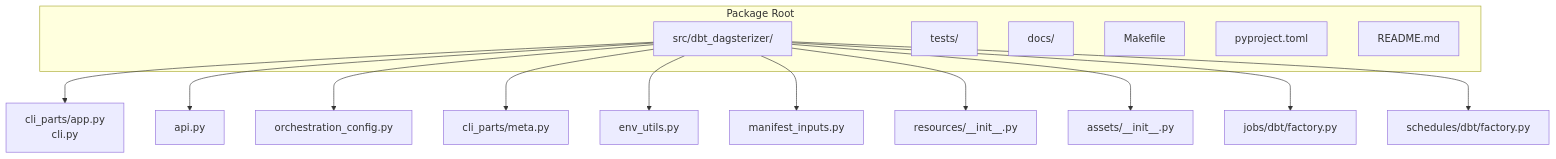
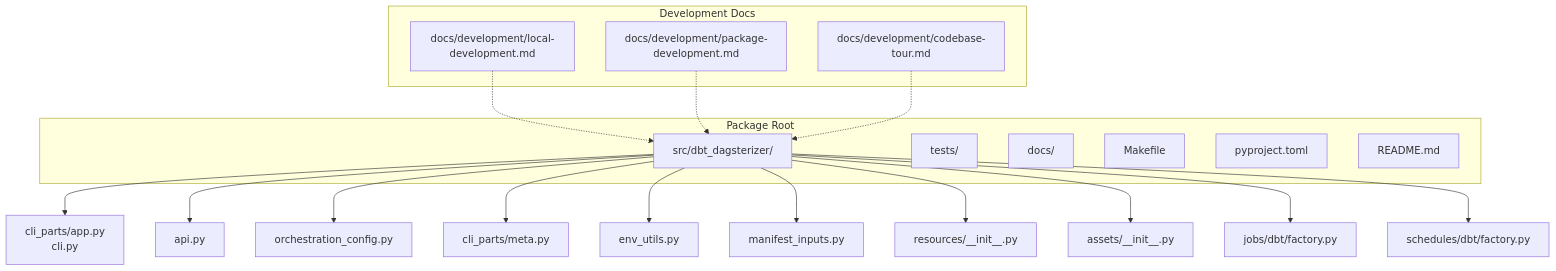
The first of 8 diagrams in .qoder/repowiki/en/content/Development Guide.md (metasync/dbt-dagsterizer), drawn with Mermaid before and after one commit. The commit also changed other lines of this file and 32 other files, not shown here.

````diff
--- a/.qoder/repowiki/en/content/Development Guide.md
+++ b/.qoder/repowiki/en/content/Development Guide.md
@@ -44,21 +55,29 @@
 ```mermaid
 graph TB
 subgraph "Package Root"
 SRC["src/dbt_dagsterizer/"]
 TESTS["tests/"]
 DOCS["docs/"]
 MAKE["Makefile"]
 PYPROJ["pyproject.toml"]
 README["README.md"]
+end
+subgraph "Development Docs"
+LOCAL_DEV["docs/development/local-development.md"]
+PKG_DEV["docs/development/package-development.md"]
+CODE_TOUR["docs/development/codebase-tour.md"]
 end
 SRC --> CLI["cli_parts/app.py<br/>cli.py"]
 SRC --> API["api.py"]
 SRC --> ORCH["orchestration_config.py"]
 SRC --> META["cli_parts/meta.py"]
 SRC --> ENV["env_utils.py"]
 SRC --> MAN["manifest_inputs.py"]
 SRC --> RES["resources/__init__.py"]
 SRC --> ASSETS["assets/__init__.py"]
 SRC --> JOBS["jobs/dbt/factory.py"]
 SRC --> SCHED["schedules/dbt/factory.py"]
+LOCAL_DEV -.-> SRC
+PKG_DEV -.-> SRC
+CODE_TOUR -.-> SRC
 ```
````
